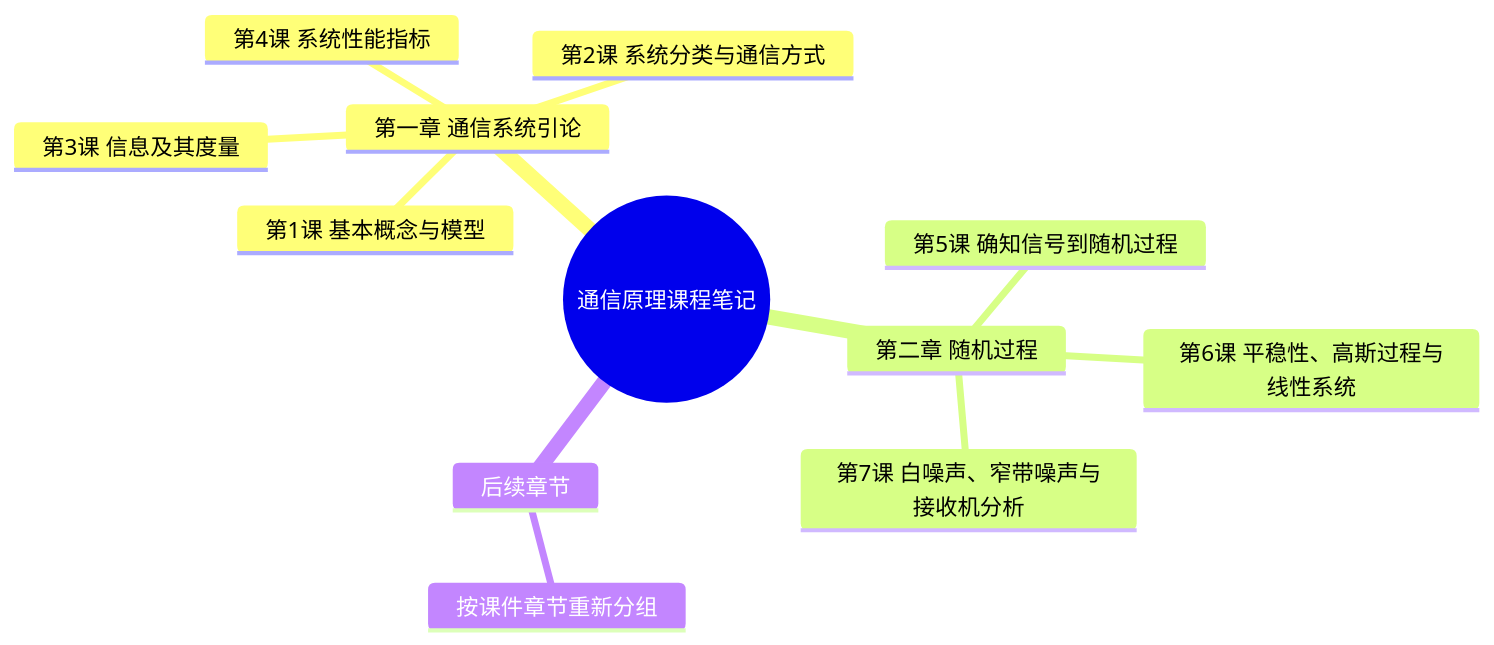
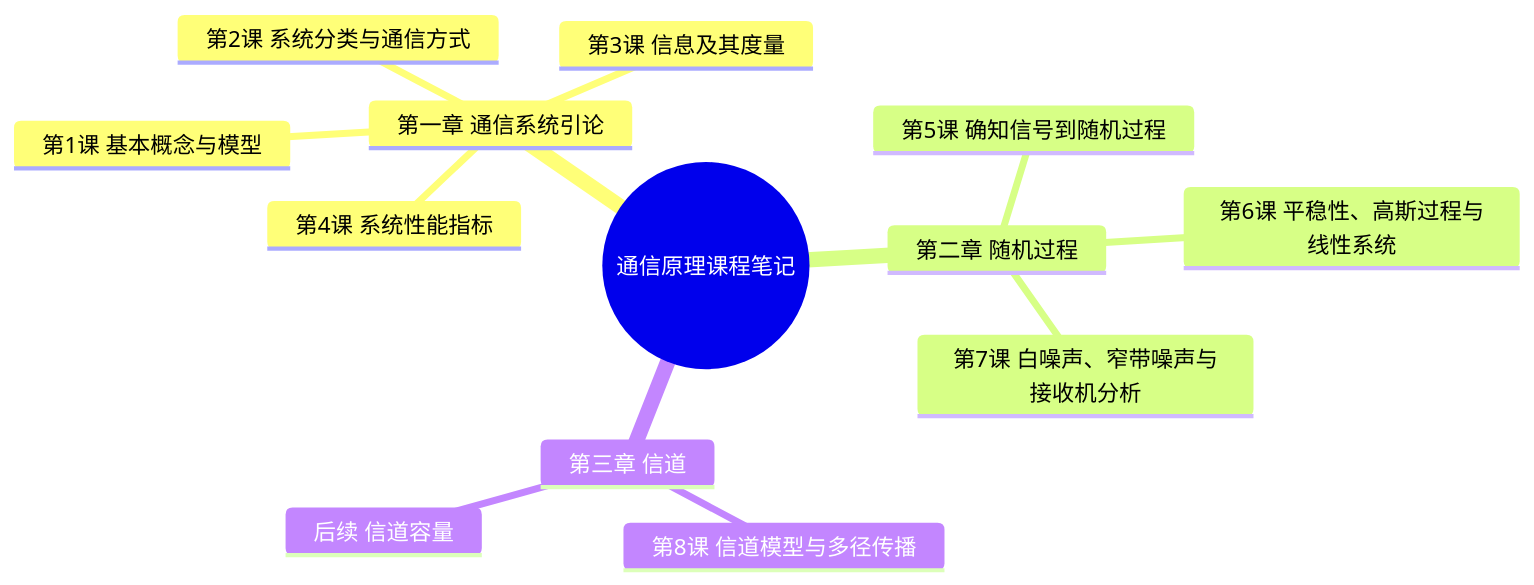
Before and after one commit to 3280441136-lab/My_Obsidian_Notes: the diagram in 学习/学校课程/通信原理（3学分）/README.md, drawn with Mermaid. The commit also changed other lines of this file and 2 other files, not shown here.

````diff
--- a/学习/学校课程/通信原理（3学分）/README.md
+++ b/学习/学校课程/通信原理（3学分）/README.md
@@ -21,15 +22,16 @@
 ```mermaid
 mindmap
   root((通信原理课程笔记))
     第一章 通信系统引论
       第1课 基本概念与模型
       第2课 系统分类与通信方式
       第3课 信息及其度量
       第4课 系统性能指标
     第二章 随机过程
       第5课 确知信号到随机过程
       第6课 平稳性、高斯过程与线性系统
       第7课 白噪声、窄带噪声与接收机分析
-    后续章节
-      按课件章节重新分组
+    第三章 信道
+      第8课 信道模型与多径传播
+      后续 信道容量
 ```
````
